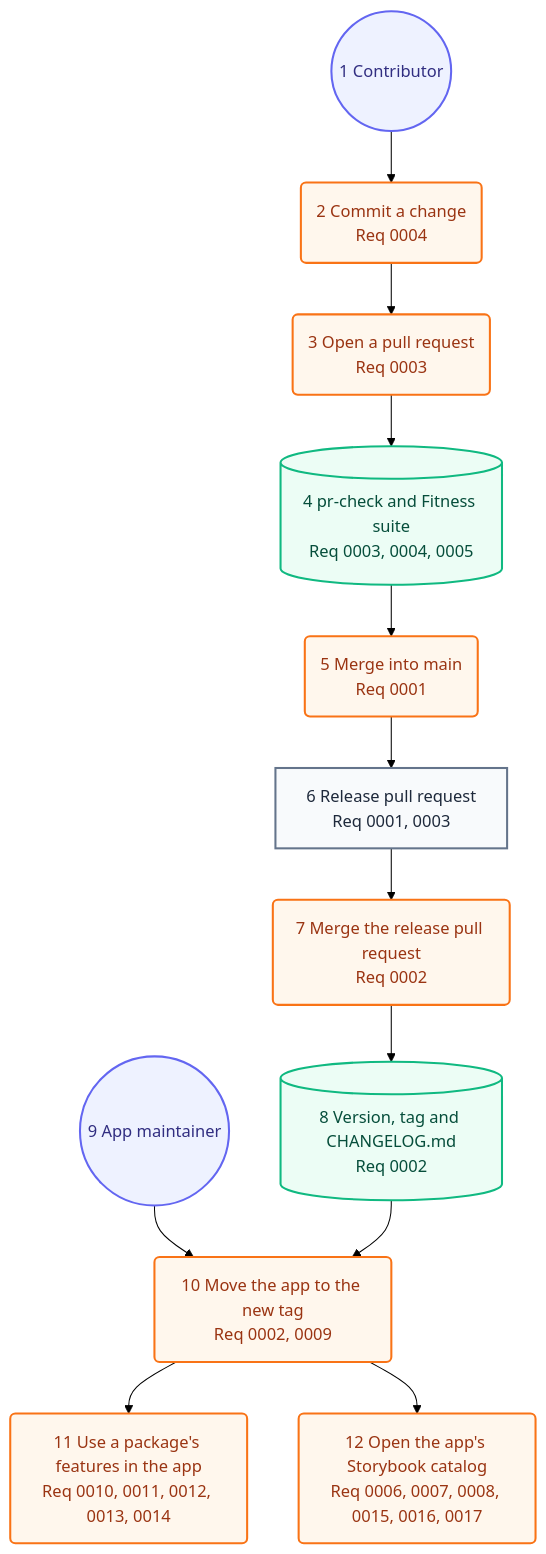
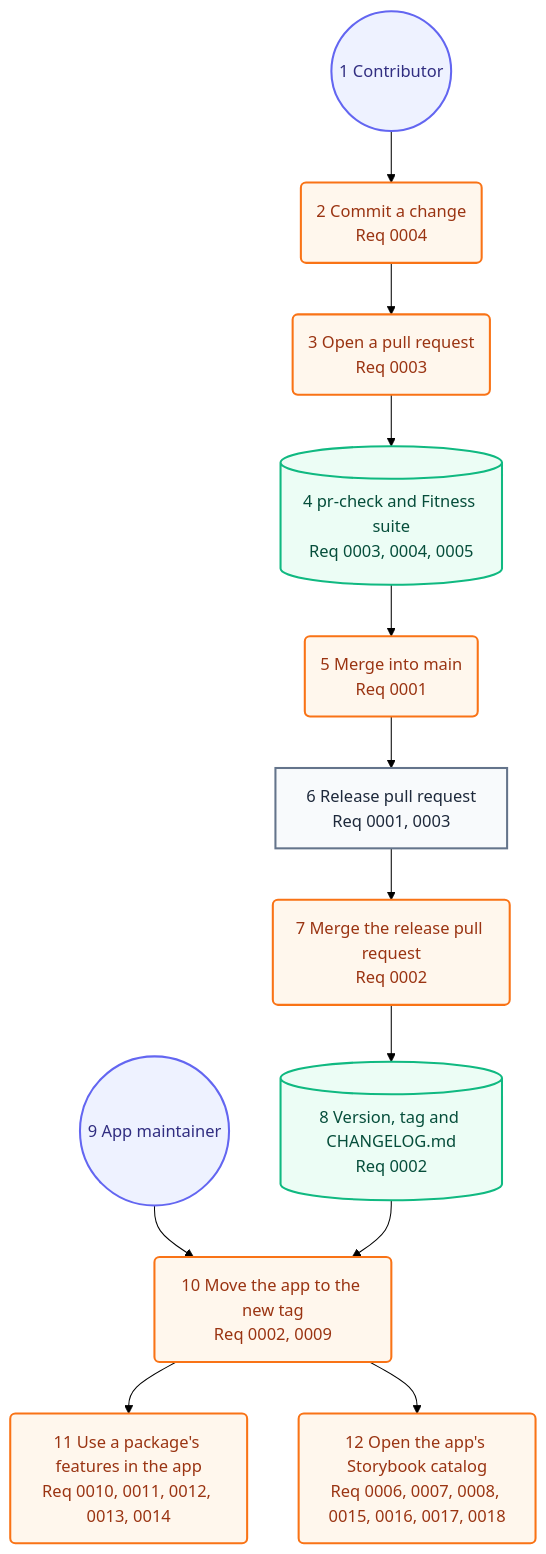
Before and after one commit to may-journal/common-swift: the second of 2 diagrams in docs/architecture/05-user-journey.md, drawn with Mermaid (forest theme). The commit also changed 28 other files, not shown here.

````diff
--- a/docs/architecture/05-user-journey.md
+++ b/docs/architecture/05-user-journey.md
@@ -33,32 +33,32 @@
 ```mermaid
 flowchart TB
     contributor((1 Contributor)):::persona
     commit(2 Commit a change<br/>Req 0004):::action
     open(3 Open a pull request<br/>Req 0003):::action
     checks[(4 pr-check and Fitness suite<br/>Req 0003, 0004, 0005)]:::system
     merge(5 Merge into main<br/>Req 0001):::action
     releasePR[6 Release pull request<br/>Req 0001, 0003]:::screen
     release(7 Merge the release pull request<br/>Req 0002):::action
     tag[(8 Version, tag and CHANGELOG.md<br/>Req 0002)]:::system
     maintainer((9 App maintainer)):::persona
     update(10 Move the app to the new tag<br/>Req 0002, 0009):::action
     adopt(11 Use a package's features in the app<br/>Req 0010, 0011, 0012, 0013, 0014):::action
-    storybook(12 Open the app's Storybook catalog<br/>Req 0006, 0007, 0008, 0015, 0016, 0017):::action
+    storybook(12 Open the app's Storybook catalog<br/>Req 0006, 0007, 0008, 0015, 0016, 0017, 0018):::action
 
     contributor --> commit
     commit --> open
     open --> checks
     checks --> merge
     merge --> releasePR
     releasePR --> release
     release --> tag
     maintainer --> update
     tag --> update
     update --> adopt
     update --> storybook
 
     classDef persona fill:#eef2ff,stroke:#6366f1,color:#312e81,stroke-width:2px
     classDef screen fill:#f8fafc,stroke:#64748b,color:#1e293b,stroke-width:2px
     classDef action fill:#fff7ed,stroke:#f97316,color:#9a3412,stroke-width:2px
     classDef system fill:#ecfdf5,stroke:#10b981,color:#064e3b,stroke-width:2px
 ```
````
